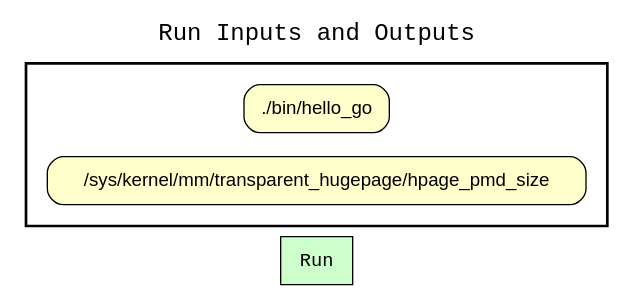
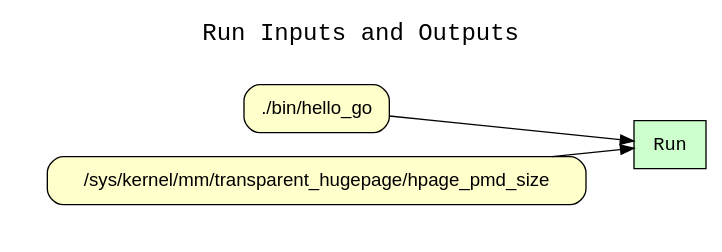
The diagram in examples/02-hello-go/graphs/wt_run_inputs_outputs.dot (CIRSS/cpr), drawn with Graphviz before and after one commit. The commit also changed 16 other files, not shown here.

Commit message:
Added edges from inputs to run, and from run to outputs.

```diff
--- a/examples/02-hello-go/graphs/wt_run_inputs_outputs.dot
+++ b/examples/02-hello-go/graphs/wt_run_inputs_outputs.dot
@@ -1,18 +1,20 @@
 
 digraph wt_run {
 rankdir=LR
 fontname=Courier; fontsize=18; labelloc=t
 label="Run Inputs and Outputs"
 node[shape=box style="filled" fillcolor="#CCFFCC" peripheries=1 fontname=Courier]
 "Run"
-subgraph cluster_inputs { label=""; color=black; penwidth=2
+subgraph cluster_inputs { label=""; color=white; penwidth=2
 subgraph cluster_inputs_inner { label=""; color=white
 node[shape=box style="rounded,filled" fillcolor="#FFFFCC" peripheries=1 fontname=Helvetica]
 "input:./bin/hello_go" [label="./bin/hello_go"]
 "input:/sys/kernel/mm/transparent_hugepage/hpage_pmd_size" [label="/sys/kernel/mm/transparent_hugepage/hpage_pmd_size"]
 }}
-subgraph cluster_outputs { label=""; color=black; penwidth=2
+subgraph cluster_outputs { label=""; color=white; penwidth=2
 subgraph cluster_outputs_inner { label=""; color=white
 node[shape=box style="rounded,filled" fillcolor="#FFFFCC" peripheries=1 fontname=Helvetica]
 }}
+"input:./bin/hello_go" -> "Run"
+"input:/sys/kernel/mm/transparent_hugepage/hpage_pmd_size" -> "Run"
 }
```
